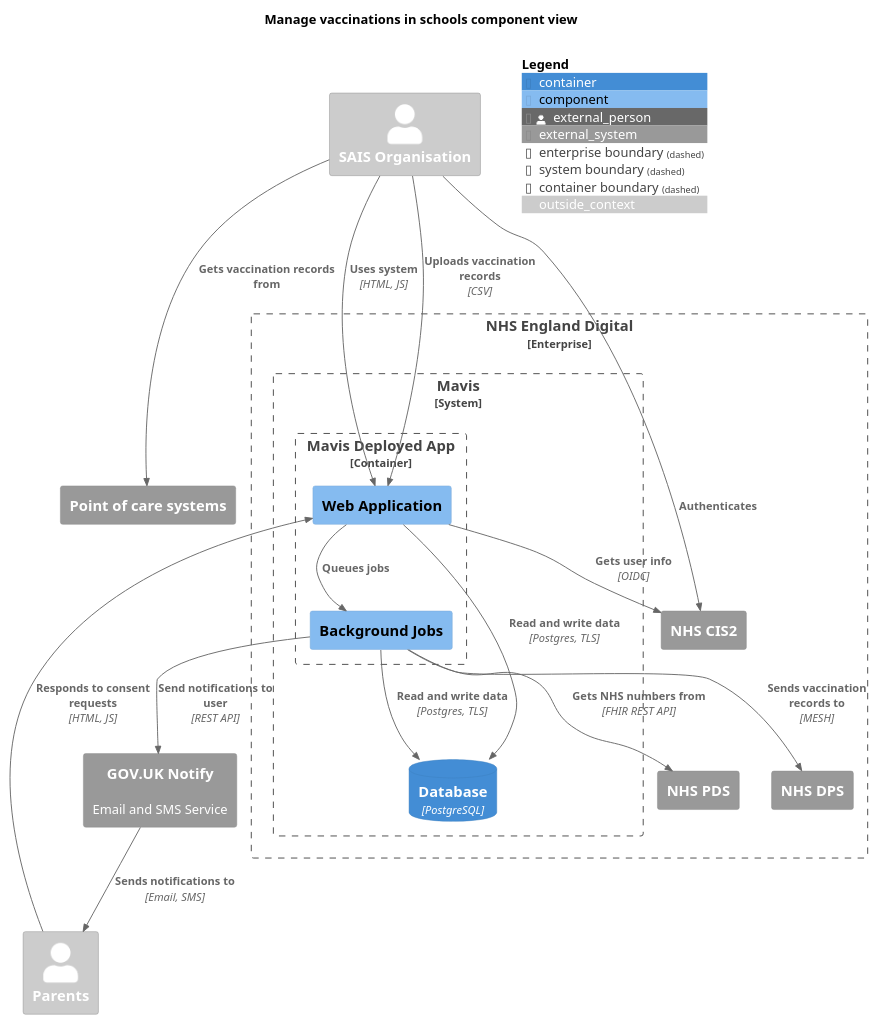
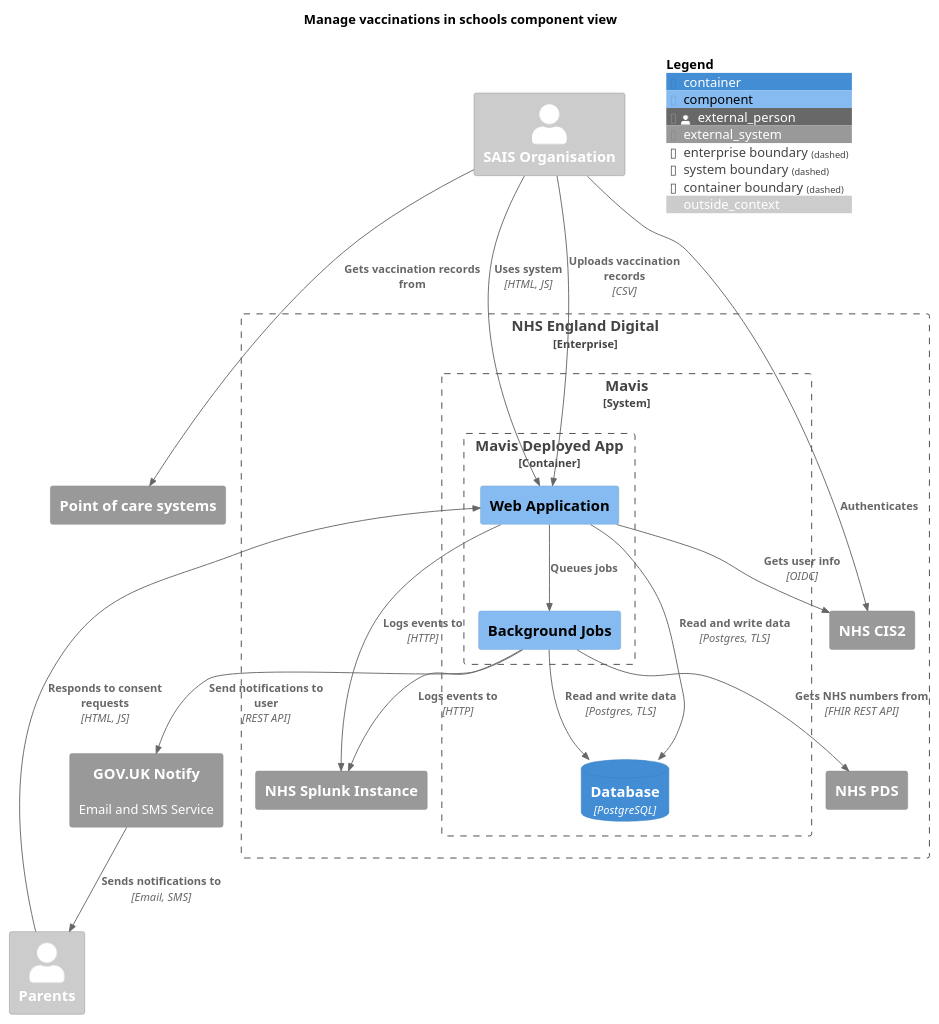
Before and after one commit to nhsuk/manage-vaccinations-in-schools: the diagram in docs/diagrams/component-view.puml, drawn with PlantUML.

Commit message:
Add Splunk to architectural diagram

```diff
--- a/docs/diagrams/component-view.puml
+++ b/docs/diagrams/component-view.puml
@@ -1,51 +1,53 @@
 @startuml
 
 !include <C4/C4_Component.puml>
 
 LAYOUT_TOP_DOWN()
 
 title "Manage vaccinations in schools component view"
 
 AddElementTag("outside_context", $bgColor="#CCC", $fontColor="#FFF")
 
 Person_Ext(sais, "SAIS Organisation", $tags="outside_context")
 Person_Ext(parents, "Parents", $tags="outside_context")
 
 System_Ext(poc, "Point of care systems")
 
 Enterprise_Boundary(nhs, "NHS England Digital") {
   System_Boundary(mavis, "Mavis", "") {
     Container_Boundary(mavis_app, "Mavis Deployed App", "Ruby on Rails") {
       Component(webapp, "Web Application")
       Component(bgjobs, "Background Jobs")
     }
     ContainerDb(database, "Database", "PostgreSQL")
   }
 
   System_Ext(cis, "NHS CIS2")
   System_Ext(pds, "NHS PDS")
-  System_Ext(dps, "NHS DPS")
+  System_Ext(splunk, "NHS Splunk Instance")
 }
 System_Ext(notify, "GOV.UK Notify", "Email and SMS Service")
 
 
 AddRelTag("optional", $textColor="black", $lineColor="black", $lineStyle="dashed")
 
 Rel(sais, cis, "Authenticates")
 Rel(webapp, cis, "Gets user info", "OIDC")
 Rel(sais, webapp, "Uses system", "HTML, JS")
 Rel(sais, poc, "Gets vaccination records from")
 Rel(sais, webapp, "Uploads vaccination records", "CSV")
 Rel(parents, webapp, "Responds to consent requests", "HTML, JS")
 Rel(webapp, database, "Read and write data", "Postgres, TLS")
 Rel(webapp, bgjobs, "Queues jobs")
 Rel(bgjobs, database, "Read and write data", "Postgres, TLS")
 Rel(bgjobs, notify, "Send notifications to user", "REST API")
 Rel(notify, parents, "Sends notifications to", "Email, SMS")
 Rel(bgjobs, pds, "Gets NHS numbers from", "FHIR REST API")
-Rel(bgjobs, dps, "Sends vaccination records to", "MESH")
+Rel(webapp, splunk, "Logs events to", "HTTP")
+Rel(bgjobs, splunk, "Logs events to", "HTTP")
+
 
 
 SHOW_FLOATING_LEGEND()
 
 @enduml
```
